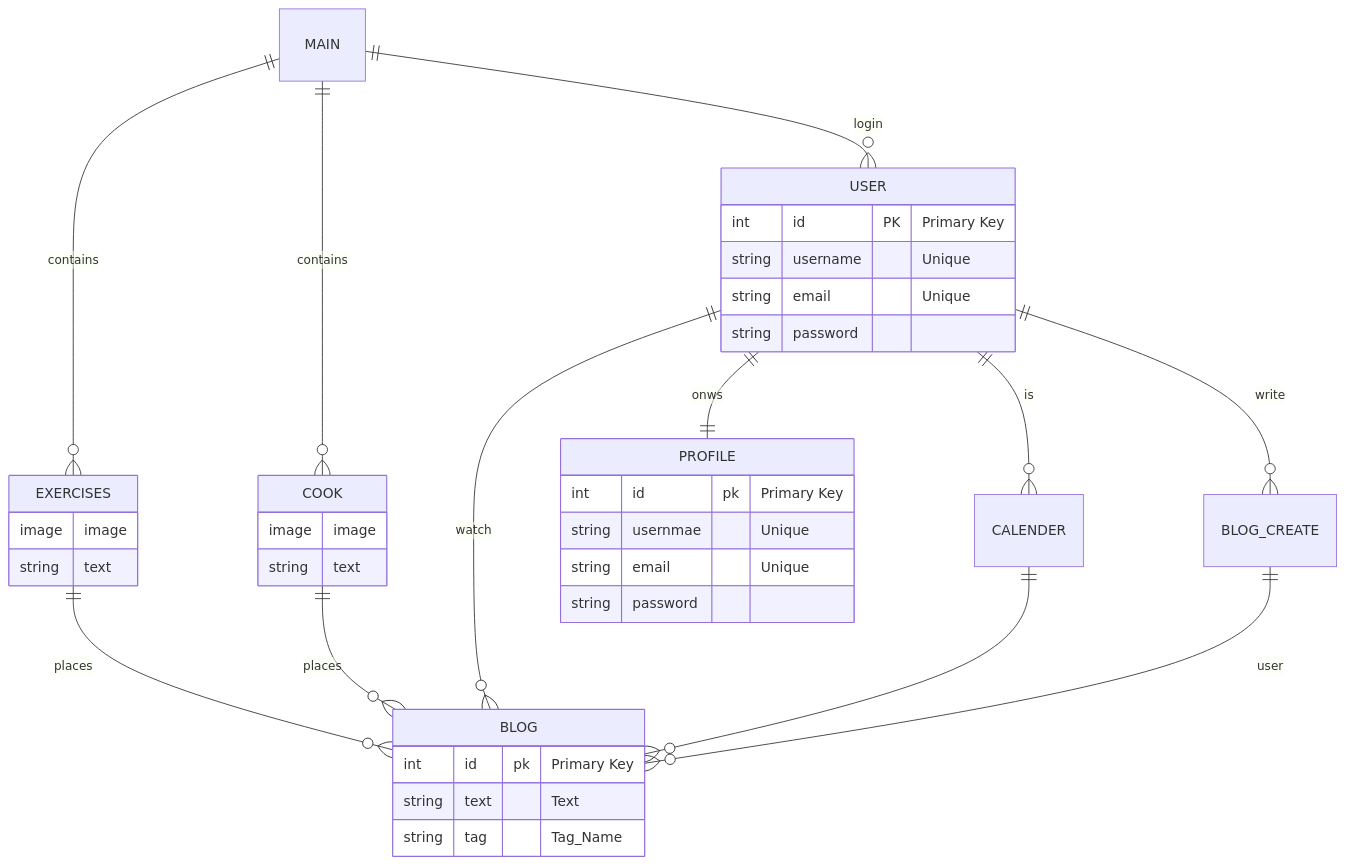
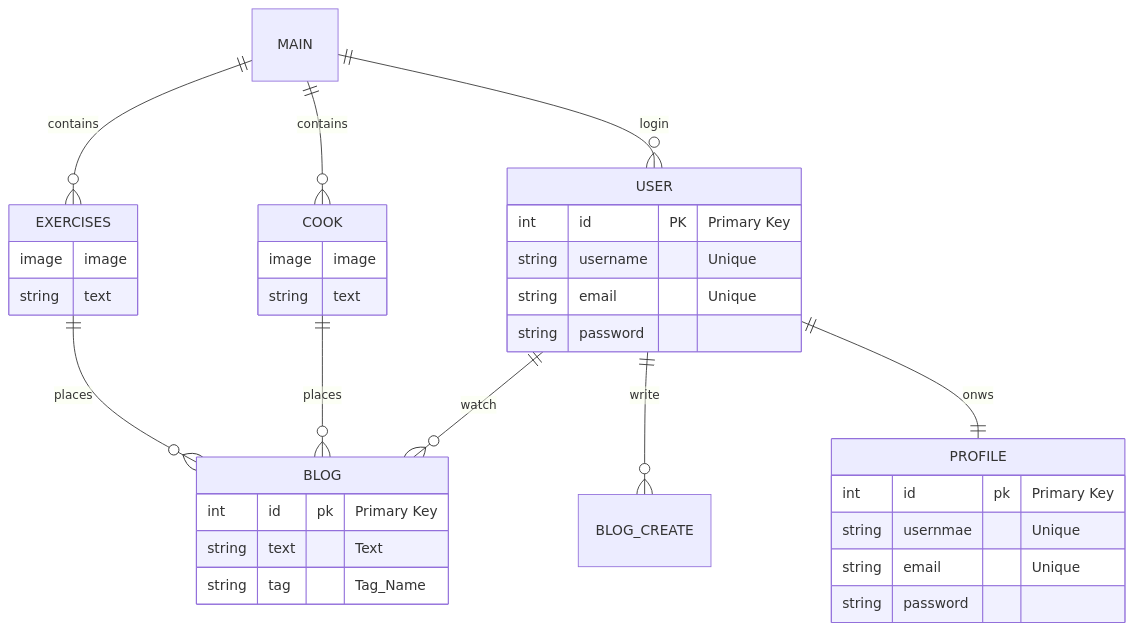
The second of 3 diagrams in readme.md (vin00/blog), drawn with Mermaid before and after one commit. The commit also changed other lines of this file, not shown here.

````diff
--- a/readme.md
+++ b/readme.md
@@ -35,46 +74,44 @@
 ```mermaid
 erDiagram
     MAIN ||--o{ EXERCISES : "contains"
     MAIN ||--o{ COOK : "contains"
     MAIN ||--o{ USER : "login"
     EXERCISES ||--o{ BLOG : "places"
     COOK ||--o{ BLOG : "places"
     USER ||--o{ BLOG : "watch"
     USER ||--o{ BLOG_CREATE : "write"
     USER ||--|| PROFILE : "onws"
-    USER ||--o{ CALENDER : "is"
-    CALENDER ||--o{ BLOG : "" 
-    BLOG_CREATE ||--o{ BLOG : "user"
     
 
 
 
     USER {
         int id PK "Primary Key"
         string username "Unique"
         string email "Unique"
         string password
     }
 
     PROFILE {
         int id pk "Primary Key"
         string usernmae "Unique"
         string email "Unique"
         string password
     }
 
     EXERCISES {
         image image
         string text
     }
 
     COOK {
         image image
         string text
     }
     BLOG {
         int id pk "Primary Key"
         string text "Text"
         string tag "Tag_Name"
     }
+
 ```
````
